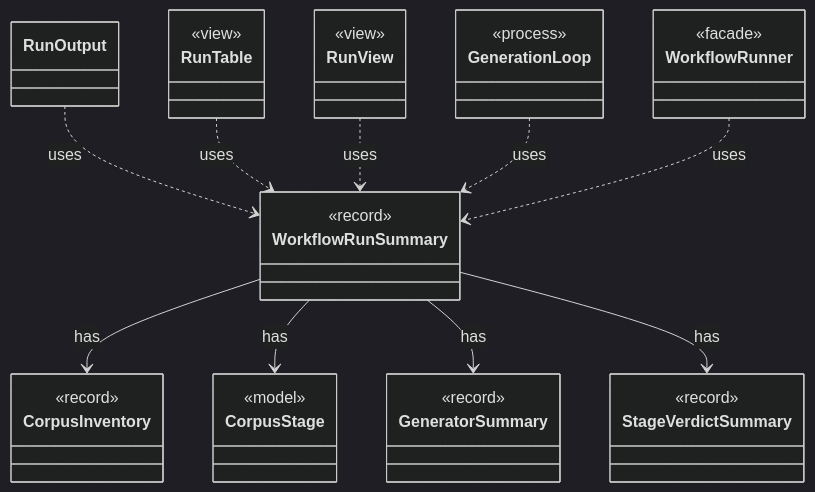
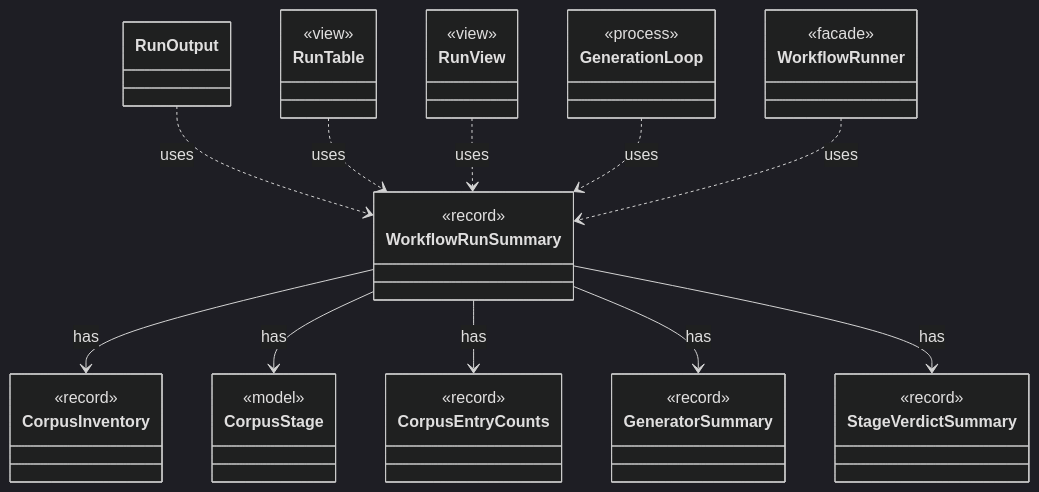
One commit to tlaplus/model-checker-hardening changed the diagram in dev/types/io.github.tlaplus.hardening.workflow.WorkflowRunSummary.md. Above: the diagram before and after it, drawn with Mermaid (dark theme). The commit also changed other lines of this file and 438 other files, not shown here.

````diff
--- a/dev/types/io.github.tlaplus.hardening.workflow.WorkflowRunSummary.md
+++ b/dev/types/io.github.tlaplus.hardening.workflow.WorkflowRunSummary.md
@@ -7,40 +7,44 @@
 ```mermaid
 classDiagram
   class WorkflowRunSummary {
     <<record>>
   }
   class CorpusInventory {
     <<record>>
   }
   class CorpusStage {
     <<model>>
+  }
+  class CorpusEntryCounts {
+    <<record>>
   }
   class GeneratorSummary {
     <<record>>
   }
   class StageVerdictSummary {
     <<record>>
   }
   class RunOutput
   class RunTable {
     <<view>>
   }
   class RunView {
     <<view>>
   }
   class GenerationLoop {
     <<process>>
   }
   class WorkflowRunner {
     <<facade>>
   }
   WorkflowRunSummary --> CorpusInventory : has
   WorkflowRunSummary --> CorpusStage : has
+  WorkflowRunSummary --> CorpusEntryCounts : has
   WorkflowRunSummary --> GeneratorSummary : has
   WorkflowRunSummary --> StageVerdictSummary : has
   RunOutput ..> WorkflowRunSummary : uses
   RunTable ..> WorkflowRunSummary : uses
   RunView ..> WorkflowRunSummary : uses
   GenerationLoop ..> WorkflowRunSummary : uses
   WorkflowRunner ..> WorkflowRunSummary : uses
 ```
````
